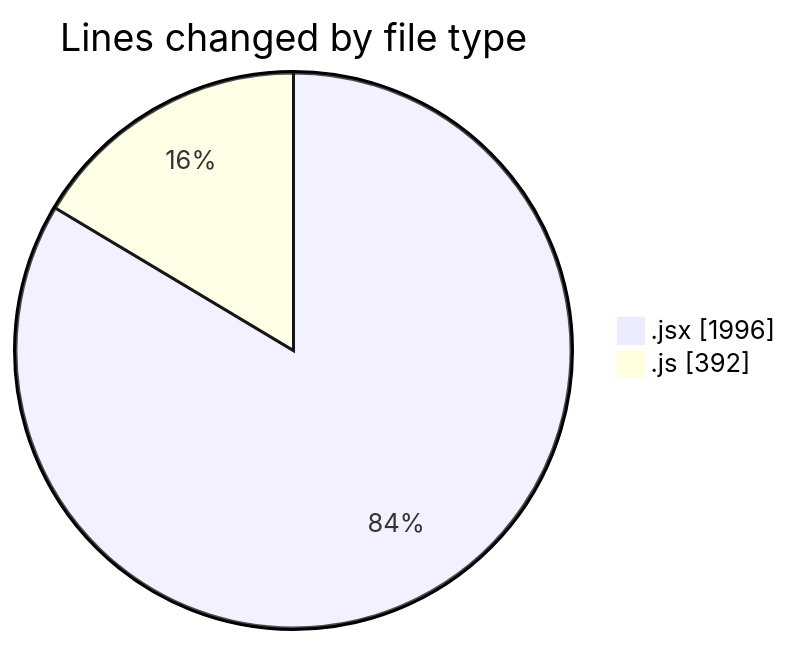
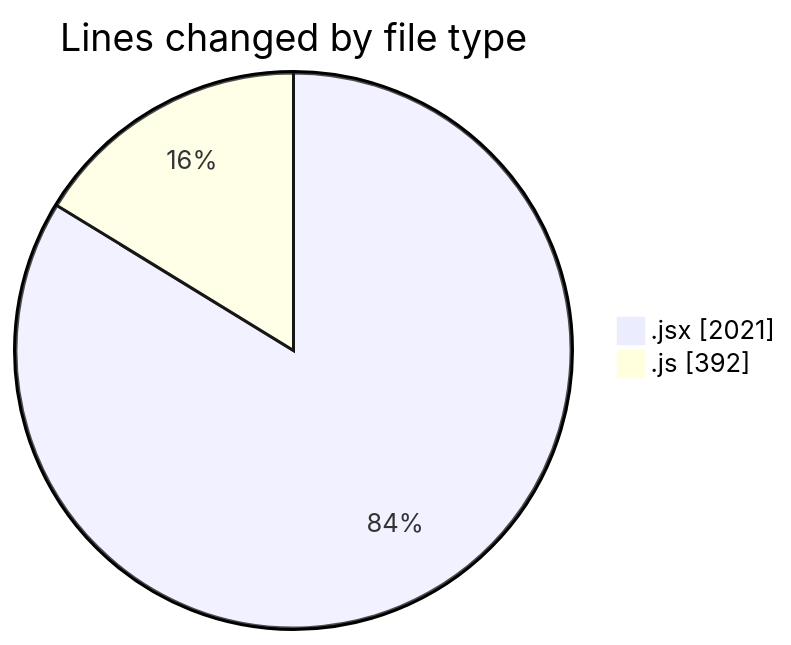
One commit to nxtqubesakshisongat/code-tracking changed the first of 2 diagrams in 2025-10-13/nxtqube_webapp/README.md. Above: the diagram before and after it, drawn with Mermaid. The commit also changed other lines of this file and 1 other file, not shown here.

````diff
--- a/2025-10-13/nxtqube_webapp/README.md
+++ b/2025-10-13/nxtqube_webapp/README.md
@@ -22,6 +22,6 @@
 ```mermaid
 pie showData
 title Lines changed by file type
-".jsx" : 1996
+".jsx" : 2021
 ".js" : 392
 ```
````
